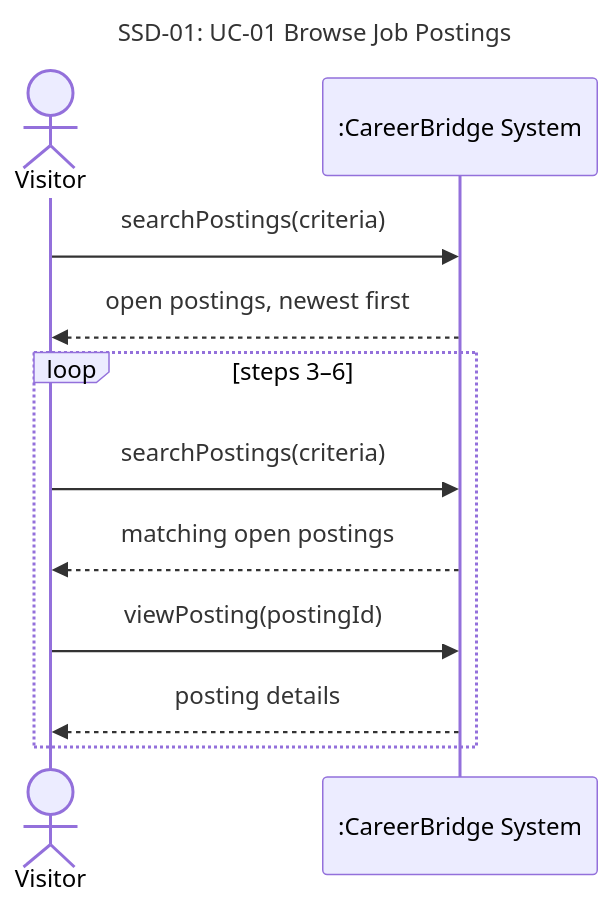
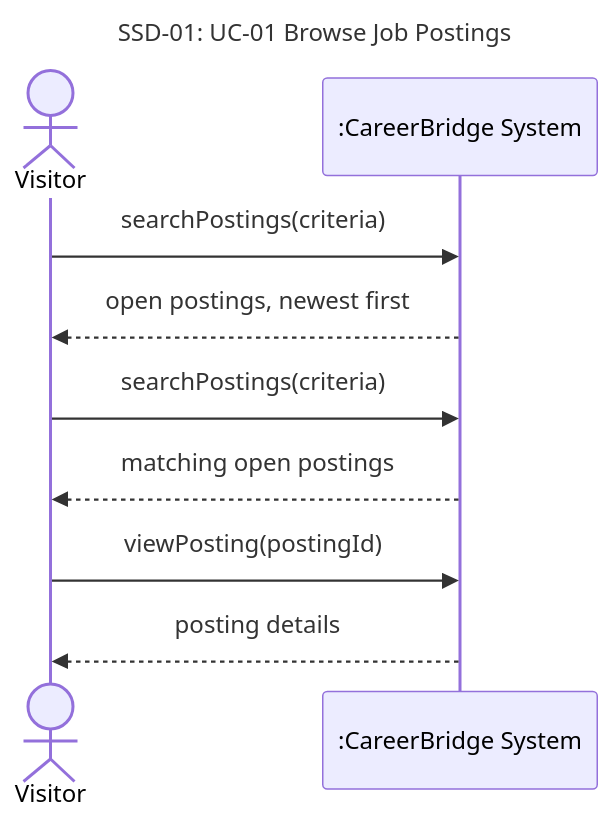
The diagram in deliverables/deliverable-2/chains/uc-01-browse-job-postings.md (berdyshevol/careerbridge-csi5324), drawn with Mermaid before and after one commit. The commit also changed other lines of this file and 3 other files, not shown here.

````diff
--- a/deliverables/deliverable-2/chains/uc-01-browse-job-postings.md
+++ b/deliverables/deliverable-2/chains/uc-01-browse-job-postings.md
@@ -67,16 +58,13 @@
 ```mermaid
 sequenceDiagram
     title SSD-01: UC-01 Browse Job Postings
     actor Visitor
     participant System as :CareerBridge System
 
     Visitor->>System: searchPostings(criteria)
     System-->>Visitor: open postings, newest first
-
-    loop steps 3–6
-        Visitor->>System: searchPostings(criteria)
-        System-->>Visitor: matching open postings
-        Visitor->>System: viewPosting(postingId)
-        System-->>Visitor: posting details
-    end
+    Visitor->>System: searchPostings(criteria)
+    System-->>Visitor: matching open postings
+    Visitor->>System: viewPosting(postingId)
+    System-->>Visitor: posting details
 ```
````
